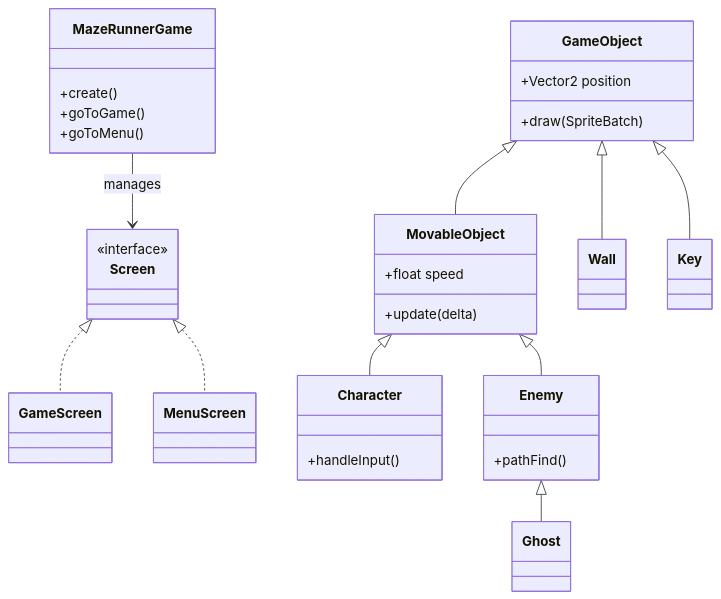
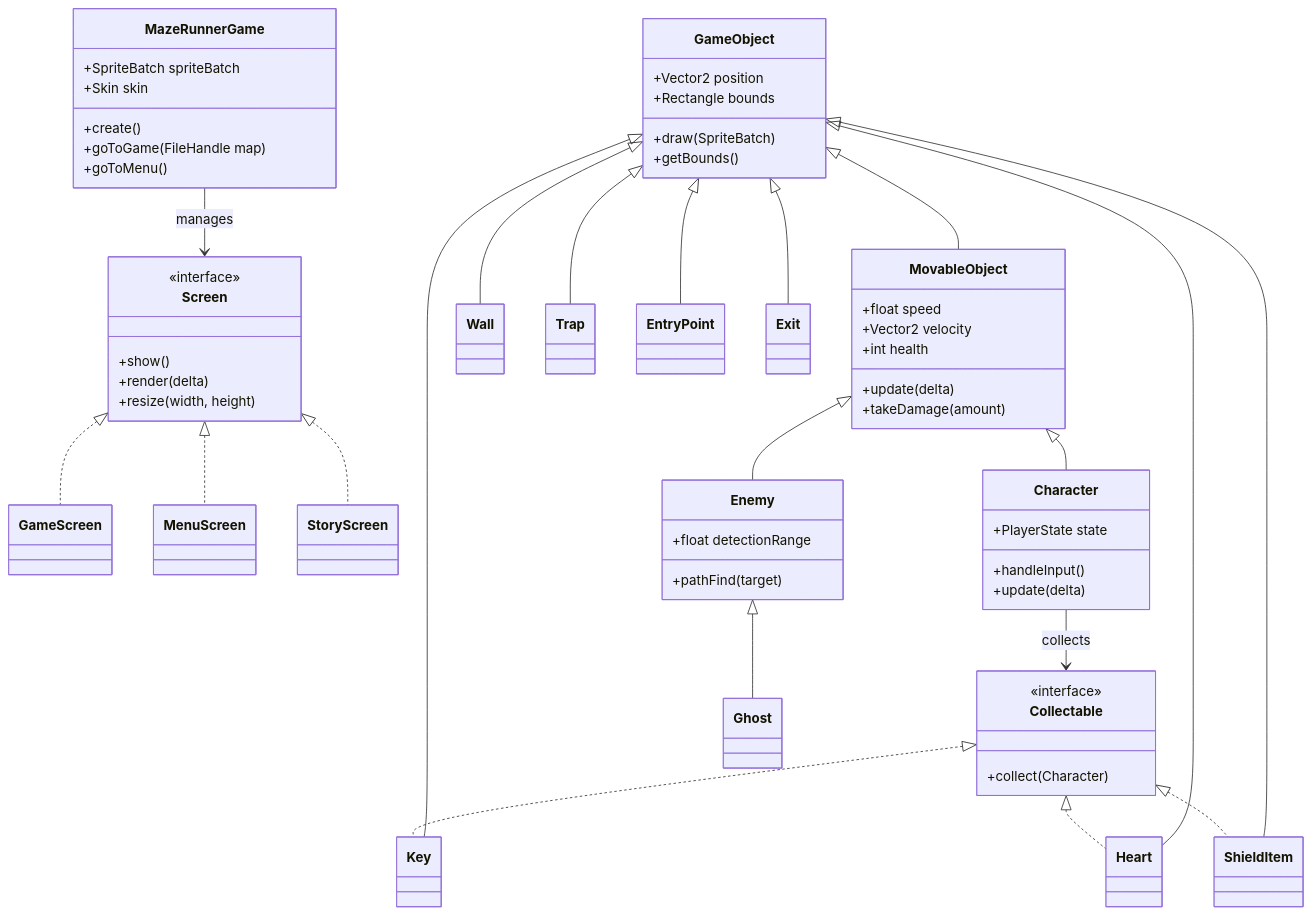
One commit to MamboJiang/fop-project changed the diagram in README.md. Above: the diagram before and after it, drawn with Mermaid. The commit also changed other lines of this file, not shown here.

````diff
--- a/README.md
+++ b/README.md
@@ -35,42 +35,73 @@
 ```mermaid
 classDiagram
     class MazeRunnerGame {
+        +SpriteBatch spriteBatch
+        +Skin skin
         +create()
-        +goToGame()
+        +goToGame(FileHandle map)
         +goToMenu()
     }
     
     class Screen {
         <<interface>>
+        +show()
+        +render(delta)
+        +resize(width, height)
     }
     
     MazeRunnerGame --> Screen : manages
     Screen <|.. GameScreen
     Screen <|.. MenuScreen
+    Screen <|.. StoryScreen
     
     class GameObject {
         +Vector2 position
+        +Rectangle bounds
         +draw(SpriteBatch)
+        +getBounds()
     }
     
     class MovableObject {
         +float speed
+        +Vector2 velocity
+        +int health
+        +update(delta)
+        +takeDamage(amount)
+    }
+    
+    class Character {
+        +PlayerState state
+        +handleInput()
         +update(delta)
     }
     
-    class Character {
-        +handleInput()
+    class Enemy {
+        +float detectionRange
+        +pathFind(target)
     }
     
-    class Enemy {
-        +pathFind()
+    class Collectable {
+        <<interface>>
+        +collect(Character)
     }
     
     GameObject <|-- MovableObject
     GameObject <|-- Wall
-    GameObject <|-- Key
+    GameObject <|-- Trap
+    GameObject <|-- EntryPoint
+    GameObject <|-- Exit
     
     MovableObject <|-- Character
     MovableObject <|-- Enemy
     Enemy <|-- Ghost
+    
+    GameObject <|-- Key
+    GameObject <|-- Heart
+    GameObject <|-- ShieldItem
+    
+    Collectable <|.. Key
+    Collectable <|.. Heart
+    Collectable <|.. ShieldItem
+    
+    Character --> Collectable : collects
 ```
````
